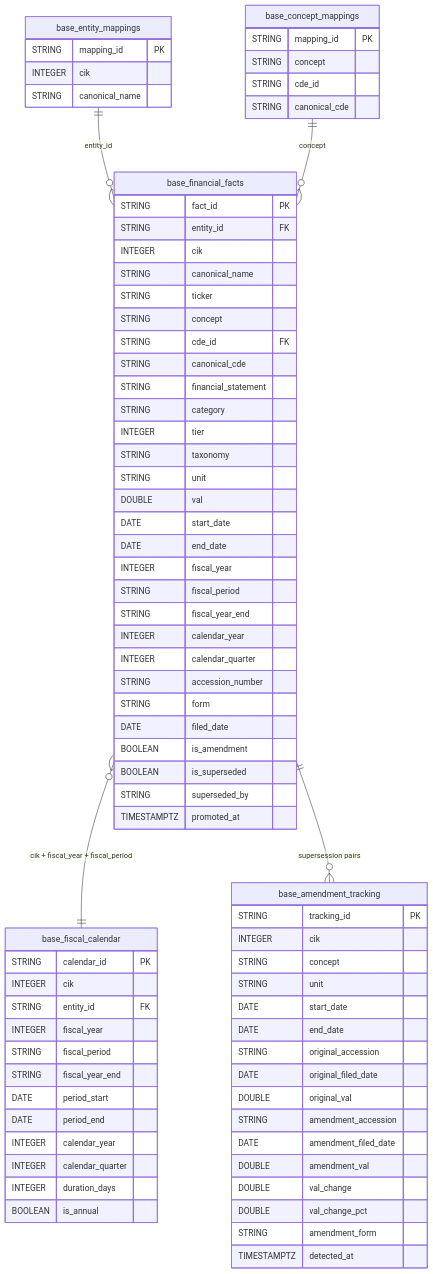
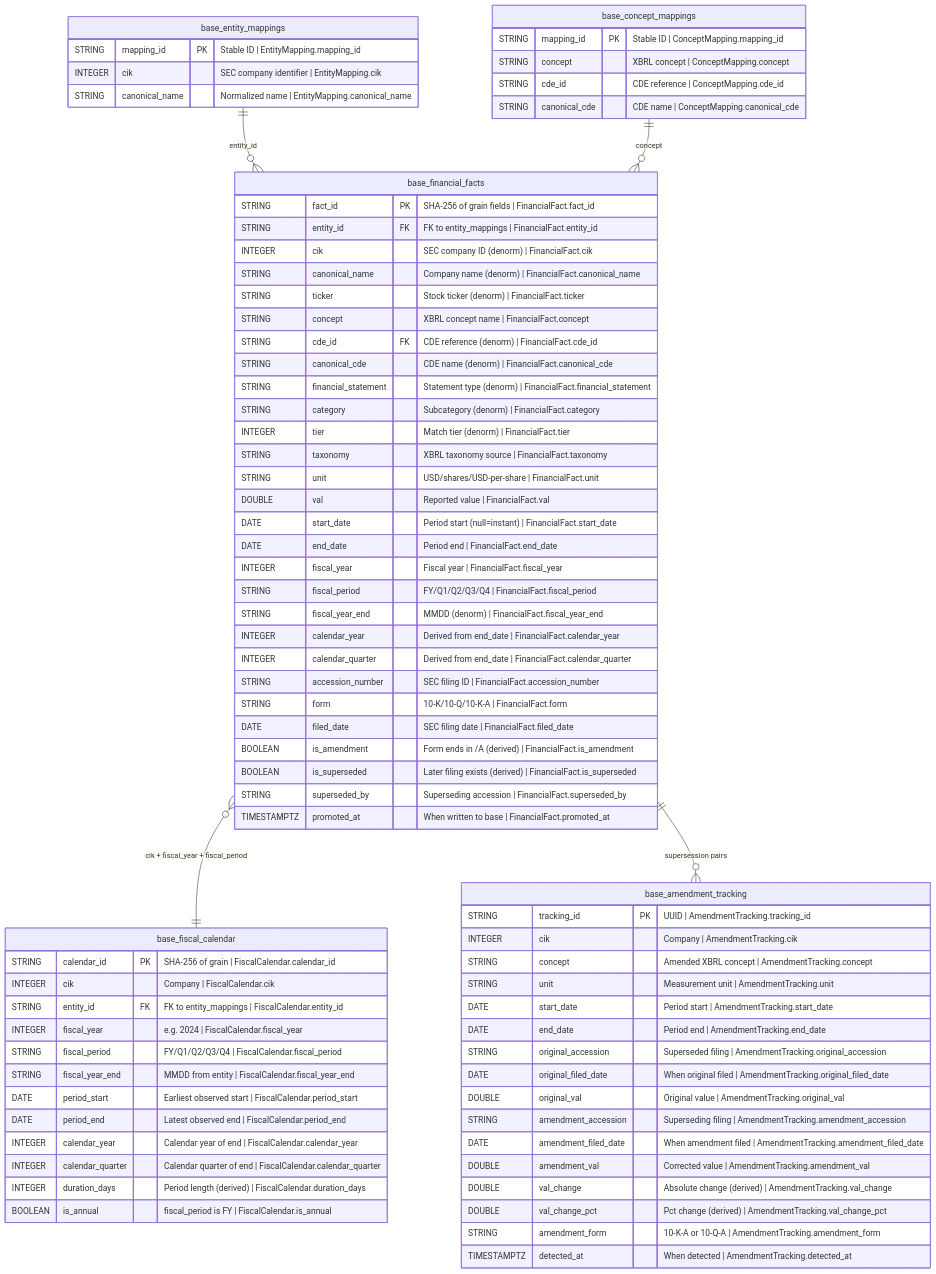
One commit to jcernauske/sec-edgair changed the diagram in governance/models/base-financial-facts-model-physical.md. Above: the diagram before and after it, drawn with Mermaid. The commit also changed 4 other files, not shown here.

First line of the commit message:
docs: add column descriptions and logical traceability to physical diagrams

````diff
--- a/governance/models/base-financial-facts-model-physical.md
+++ b/governance/models/base-financial-facts-model-physical.md
@@ -11,80 +11,80 @@
 ```mermaid
 erDiagram
     base_entity_mappings {
-        STRING mapping_id PK
-        INTEGER cik
-        STRING canonical_name
+        STRING mapping_id PK "Stable ID | EntityMapping.mapping_id"
+        INTEGER cik "SEC company identifier | EntityMapping.cik"
+        STRING canonical_name "Normalized name | EntityMapping.canonical_name"
     }
     base_concept_mappings {
-        STRING mapping_id PK
-        STRING concept
-        STRING cde_id
-        STRING canonical_cde
+        STRING mapping_id PK "Stable ID | ConceptMapping.mapping_id"
+        STRING concept "XBRL concept | ConceptMapping.concept"
+        STRING cde_id "CDE reference | ConceptMapping.cde_id"
+        STRING canonical_cde "CDE name | ConceptMapping.canonical_cde"
     }
     base_financial_facts {
-        STRING fact_id PK
-        STRING entity_id FK
-        INTEGER cik
-        STRING canonical_name
-        STRING ticker
-        STRING concept
-        STRING cde_id FK
-        STRING canonical_cde
-        STRING financial_statement
-        STRING category
-        INTEGER tier
-        STRING taxonomy
-        STRING unit
-        DOUBLE val
-        DATE start_date
-        DATE end_date
-        INTEGER fiscal_year
-        STRING fiscal_period
-        STRING fiscal_year_end
-        INTEGER calendar_year
-        INTEGER calendar_quarter
-        STRING accession_number
-        STRING form
-        DATE filed_date
-        BOOLEAN is_amendment
-        BOOLEAN is_superseded
-        STRING superseded_by
-        TIMESTAMPTZ promoted_at
+        STRING fact_id PK "SHA-256 of grain fields | FinancialFact.fact_id"
+        STRING entity_id FK "FK to entity_mappings | FinancialFact.entity_id"
+        INTEGER cik "SEC company ID (denorm) | FinancialFact.cik"
+        STRING canonical_name "Company name (denorm) | FinancialFact.canonical_name"
+        STRING ticker "Stock ticker (denorm) | FinancialFact.ticker"
+        STRING concept "XBRL concept name | FinancialFact.concept"
+        STRING cde_id FK "CDE reference (denorm) | FinancialFact.cde_id"
+        STRING canonical_cde "CDE name (denorm) | FinancialFact.canonical_cde"
+        STRING financial_statement "Statement type (denorm) | FinancialFact.financial_statement"
+        STRING category "Subcategory (denorm) | FinancialFact.category"
+        INTEGER tier "Match tier (denorm) | FinancialFact.tier"
+        STRING taxonomy "XBRL taxonomy source | FinancialFact.taxonomy"
+        STRING unit "USD/shares/USD-per-share | FinancialFact.unit"
+        DOUBLE val "Reported value | FinancialFact.val"
+        DATE start_date "Period start (null=instant) | FinancialFact.start_date"
+        DATE end_date "Period end | FinancialFact.end_date"
+        INTEGER fiscal_year "Fiscal year | FinancialFact.fiscal_year"
+        STRING fiscal_period "FY/Q1/Q2/Q3/Q4 | FinancialFact.fiscal_period"
+        STRING fiscal_year_end "MMDD (denorm) | FinancialFact.fiscal_year_end"
+        INTEGER calendar_year "Derived from end_date | FinancialFact.calendar_year"
+        INTEGER calendar_quarter "Derived from end_date | FinancialFact.calendar_quarter"
+        STRING accession_number "SEC filing ID | FinancialFact.accession_number"
+        STRING form "10-K/10-Q/10-K-A | FinancialFact.form"
+        DATE filed_date "SEC filing date | FinancialFact.filed_date"
+        BOOLEAN is_amendment "Form ends in /A (derived) | FinancialFact.is_amendment"
+        BOOLEAN is_superseded "Later filing exists (derived) | FinancialFact.is_superseded"
+        STRING superseded_by "Superseding accession | FinancialFact.superseded_by"
+        TIMESTAMPTZ promoted_at "When written to base | FinancialFact.promoted_at"
     }
     base_fiscal_calendar {
-        STRING calendar_id PK
-        INTEGER cik
-        STRING entity_id FK
-        INTEGER fiscal_year
-        STRING fiscal_period
-        STRING fiscal_year_end
-        DATE period_start
-        DATE period_end
-        INTEGER calendar_year
-        INTEGER calendar_quarter
-        INTEGER duration_days
-        BOOLEAN is_annual
+        STRING calendar_id PK "SHA-256 of grain | FiscalCalendar.calendar_id"
+        INTEGER cik "Company | FiscalCalendar.cik"
+        STRING entity_id FK "FK to entity_mappings | FiscalCalendar.entity_id"
+        INTEGER fiscal_year "e.g. 2024 | FiscalCalendar.fiscal_year"
+        STRING fiscal_period "FY/Q1/Q2/Q3/Q4 | FiscalCalendar.fiscal_period"
+        STRING fiscal_year_end "MMDD from entity | FiscalCalendar.fiscal_year_end"
+        DATE period_start "Earliest observed start | FiscalCalendar.period_start"
+        DATE period_end "Latest observed end | FiscalCalendar.period_end"
+        INTEGER calendar_year "Calendar year of end | FiscalCalendar.calendar_year"
+        INTEGER calendar_quarter "Calendar quarter of end | FiscalCalendar.calendar_quarter"
+        INTEGER duration_days "Period length (derived) | FiscalCalendar.duration_days"
+        BOOLEAN is_annual "fiscal_period is FY | FiscalCalendar.is_annual"
     }
     base_amendment_tracking {
-        STRING tracking_id PK
-        INTEGER cik
-        STRING concept
-        STRING unit
-        DATE start_date
-        DATE end_date
-        STRING original_accession
-        DATE original_filed_date
-        DOUBLE original_val
-        STRING amendment_accession
-        DATE amendment_filed_date
-        DOUBLE amendment_val
-        DOUBLE val_change
-        DOUBLE val_change_pct
-        STRING amendment_form
-        TIMESTAMPTZ detected_at
+        STRING tracking_id PK "UUID | AmendmentTracking.tracking_id"
+        INTEGER cik "Company | AmendmentTracking.cik"
+        STRING concept "Amended XBRL concept | AmendmentTracking.concept"
+        STRING unit "Measurement unit | AmendmentTracking.unit"
+        DATE start_date "Period start | AmendmentTracking.start_date"
+        DATE end_date "Period end | AmendmentTracking.end_date"
+        STRING original_accession "Superseded filing | AmendmentTracking.original_accession"
+        DATE original_filed_date "When original filed | AmendmentTracking.original_filed_date"
+        DOUBLE original_val "Original value | AmendmentTracking.original_val"
+        STRING amendment_accession "Superseding filing | AmendmentTracking.amendment_accession"
+        DATE amendment_filed_date "When amendment filed | AmendmentTracking.amendment_filed_date"
+        DOUBLE amendment_val "Corrected value | AmendmentTracking.amendment_val"
+        DOUBLE val_change "Absolute change (derived) | AmendmentTracking.val_change"
+        DOUBLE val_change_pct "Pct change (derived) | AmendmentTracking.val_change_pct"
+        STRING amendment_form "10-K-A or 10-Q-A | AmendmentTracking.amendment_form"
+        TIMESTAMPTZ detected_at "When detected | AmendmentTracking.detected_at"
     }
     base_entity_mappings ||--o{ base_financial_facts : "entity_id"
     base_concept_mappings ||--o{ base_financial_facts : "concept"
     base_financial_facts }o--|| base_fiscal_calendar : "cik + fiscal_year + fiscal_period"
     base_financial_facts ||--o{ base_amendment_tracking : "supersession pairs"
 ```
````
